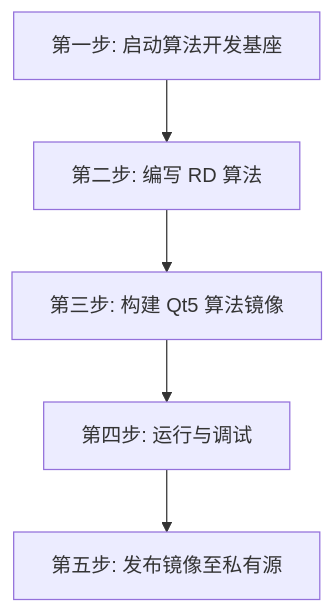
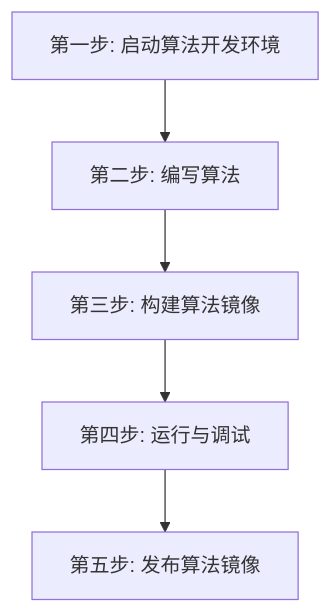
One commit to uestcradar/uestcradar changed the diagram in workspace/examples/qt5-algorithm/README.md. Above: the diagram before and after it, drawn with Mermaid. The commit also changed other lines of this file and 27 other files, not shown here.

````diff
--- a/workspace/examples/qt5-algorithm/README.md
+++ b/workspace/examples/qt5-algorithm/README.md
@@ -11,7 +8,7 @@
 ```mermaid
 graph TD
-    A[第一步: 启动算法开发基座] --> B[第二步: 编写 RD 算法]
-    B --> C[第三步: 构建 Qt5 算法镜像]
+    A[第一步: 启动算法开发环境] --> B[第二步: 编写算法]
+    B --> C[第三步: 构建算法镜像]
     C --> D[第四步: 运行与调试]
-    D --> E[第五步: 发布镜像至私有源]
+    D --> E[第五步: 发布算法镜像]
 ```
````
